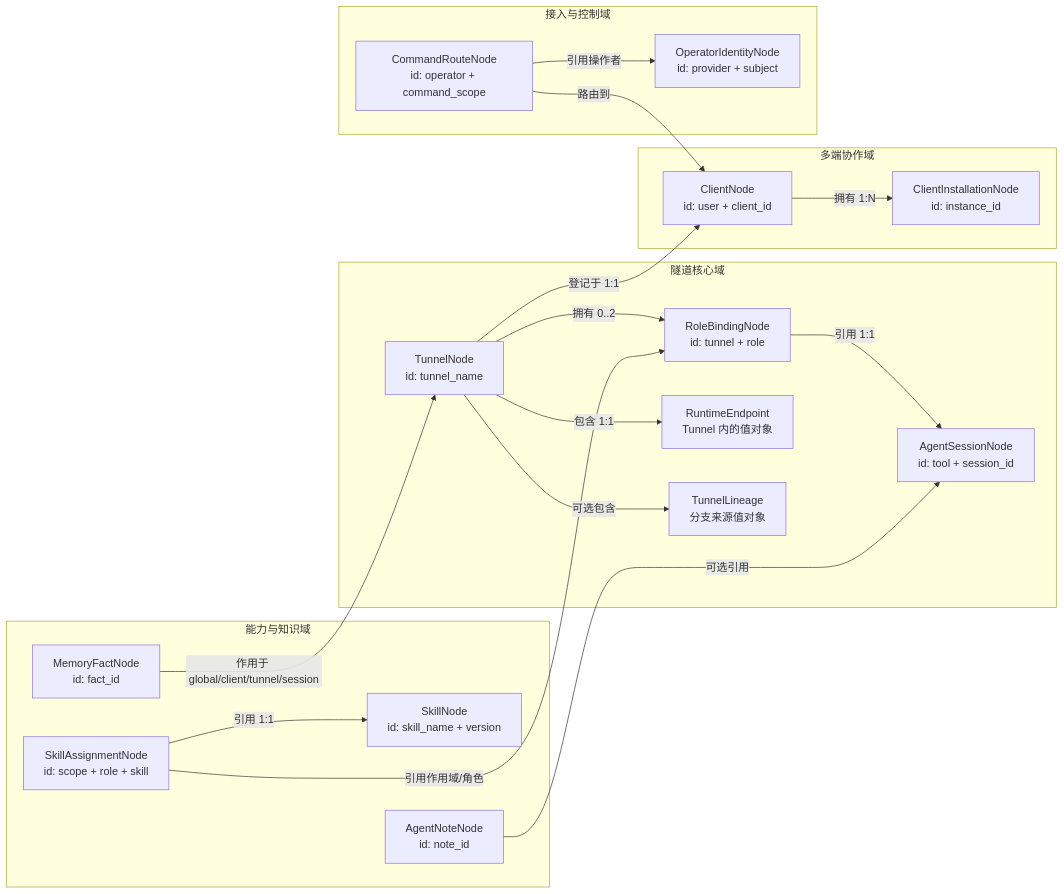
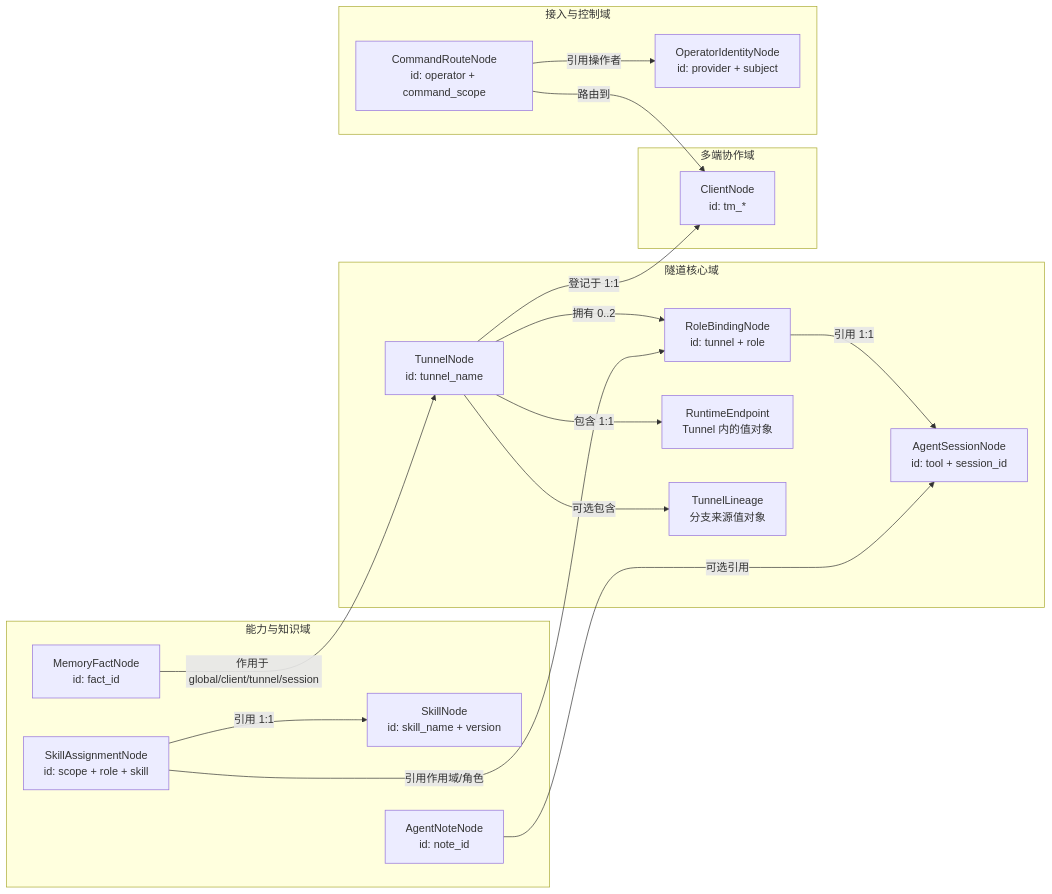
Before and after one commit to yukai08008/dual-tmux: the first of 2 diagrams in datanode/BUSINESS_NODES.md, drawn with Mermaid. The commit also changed other lines of this file and 28 other files, not shown here.

````diff
--- a/datanode/BUSINESS_NODES.md
+++ b/datanode/BUSINESS_NODES.md
@@ -49,40 +46,38 @@
 ```mermaid
 flowchart LR
   subgraph Core["隧道核心域"]
     Tunnel["TunnelNode<br/>id: tunnel_name"]
     Binding["RoleBindingNode<br/>id: tunnel + role"]
     Session["AgentSessionNode<br/>id: tool + session_id"]
     Endpoint["RuntimeEndpoint<br/>Tunnel 内的值对象"]
     Lineage["TunnelLineage<br/>分支来源值对象"]
   end
 
   subgraph ClientDomain["多端协作域"]
-    Client["ClientNode<br/>id: user + client_id"]
-    Installation["ClientInstallationNode<br/>id: instance_id"]
+    Client["ClientNode<br/>id: tm_*"]
   end
 
   subgraph Capability["能力与知识域"]
     Skill["SkillNode<br/>id: skill_name + version"]
     Assignment["SkillAssignmentNode<br/>id: scope + role + skill"]
     Memory["MemoryFactNode<br/>id: fact_id"]
     Note["AgentNoteNode<br/>id: note_id"]
   end
 
   subgraph Access["接入与控制域"]
     Operator["OperatorIdentityNode<br/>id: provider + subject"]
     Route["CommandRouteNode<br/>id: operator + command_scope"]
   end
 
   Tunnel -->|"拥有 0..2"| Binding
   Binding -->|"引用 1:1"| Session
   Tunnel -->|"包含 1:1"| Endpoint
   Tunnel -->|"可选包含"| Lineage
   Tunnel -->|"登记于 1:1"| Client
-  Client -->|"拥有 1:N"| Installation
   Assignment -->|"引用作用域/角色"| Binding
   Assignment -->|"引用 1:1"| Skill
   Memory -->|"作用于 global/client/tunnel/session"| Tunnel
   Note -->|"可选引用"| Session
   Route -->|"引用操作者"| Operator
   Route -->|"路由到"| Client
 ```
````
